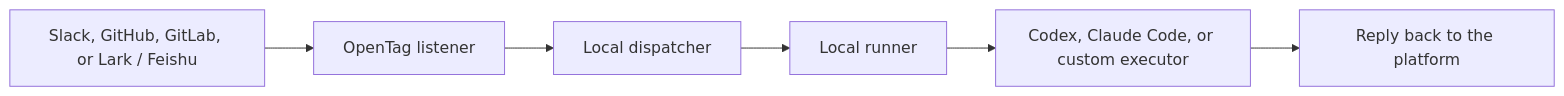
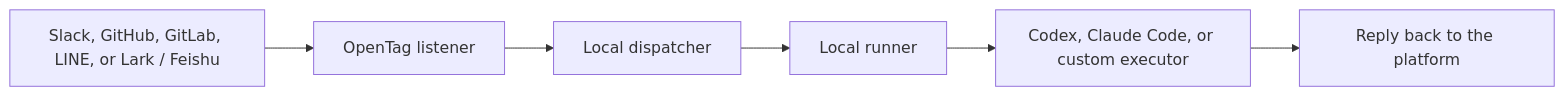
The diagram in README.md (amplifthq/opentag), drawn with Mermaid before and after one commit. The commit also changed other lines of this file and 56 other files, not shown here.

First line of the commit message:
feat: add LINE Messenger support to OpenTag

````diff
--- a/README.md
+++ b/README.md
@@ -212,8 +213,8 @@
 ```mermaid
 flowchart LR
-    A["Slack, GitHub, GitLab, or Lark / Feishu"] --> B["OpenTag listener"]
+    A["Slack, GitHub, GitLab, LINE, or Lark / Feishu"] --> B["OpenTag listener"]
     B --> C["Local dispatcher"]
     C --> D["Local runner"]
     D --> E["Codex, Claude Code, or custom executor"]
     E --> F["Reply back to the platform"]
 ```
````
